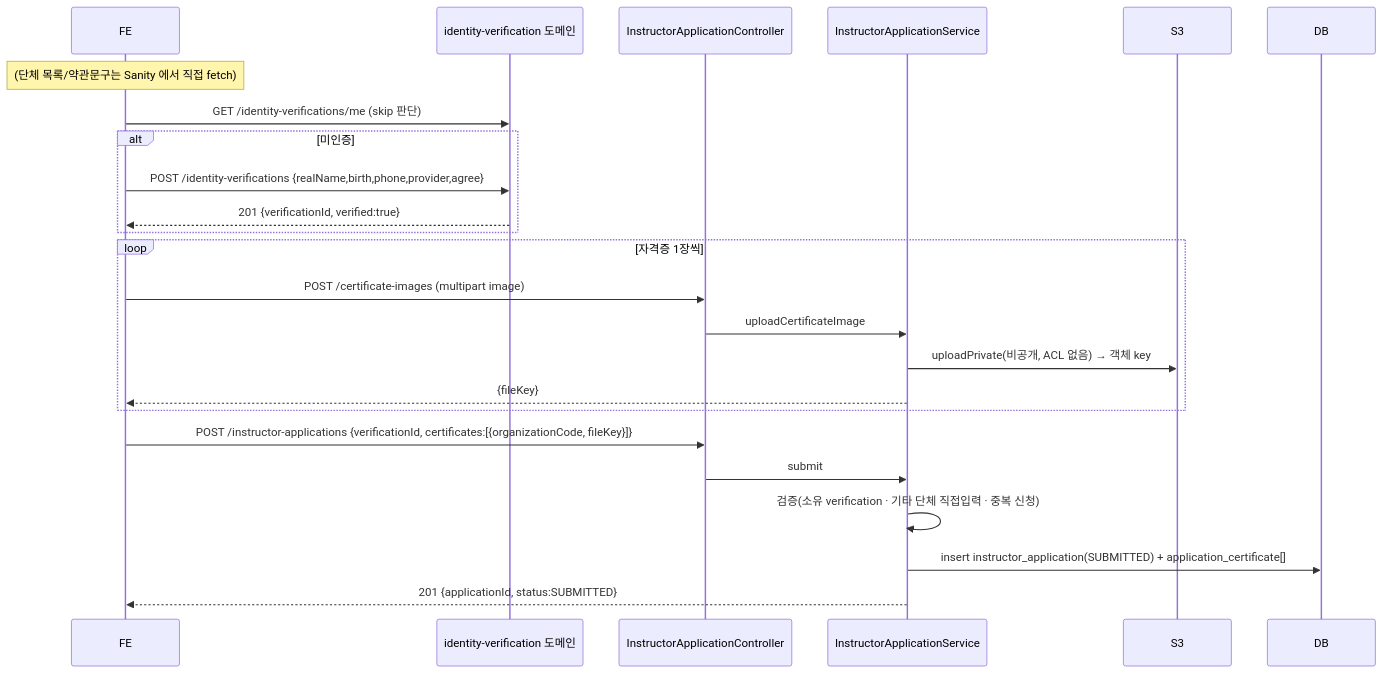
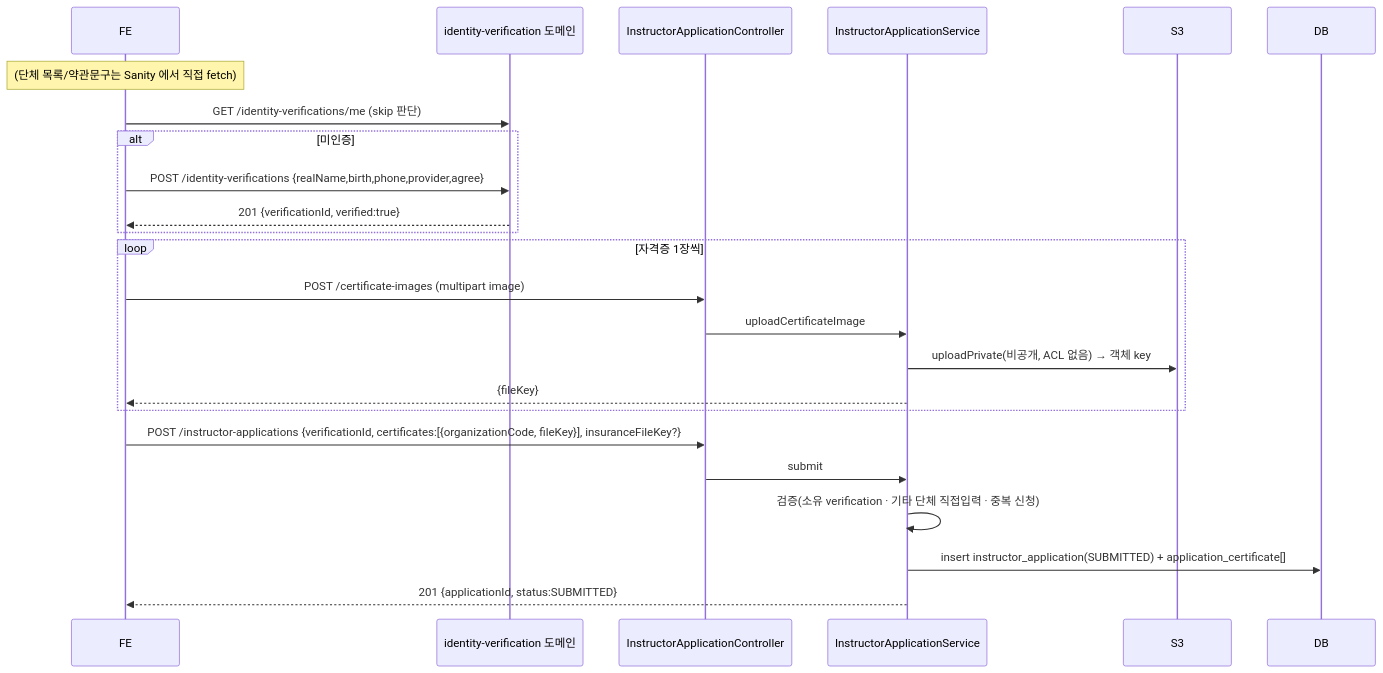
The second of 4 diagrams in docs/architecture/instructor-application.md (pungdong/Pungdong-Backend), drawn with Mermaid before and after one commit. The commit also changed other lines of this file and 10 other files, not shown here.

````diff
--- a/docs/architecture/instructor-application.md
+++ b/docs/architecture/instructor-application.md
@@ -77,29 +77,29 @@
 ```mermaid
 sequenceDiagram
     participant FE
     participant IDV as identity-verification 도메인
     participant UC as InstructorApplicationController
     participant SVC as InstructorApplicationService
     participant S3
     participant DB
 
     Note over FE: (단체 목록/약관문구는 Sanity 에서 직접 fetch)
     FE->>IDV: GET /identity-verifications/me (skip 판단)
     alt 미인증
         FE->>IDV: POST /identity-verifications {realName,birth,phone,provider,agree}
         IDV-->>FE: 201 {verificationId, verified:true}
     end
 
     loop 자격증 1장씩
         FE->>UC: POST /certificate-images (multipart image)
         UC->>SVC: uploadCertificateImage
         SVC->>S3: uploadPrivate(비공개, ACL 없음) → 객체 key
         SVC-->>FE: {fileKey}
     end
 
-    FE->>UC: POST /instructor-applications {verificationId, certificates:[{organizationCode, fileKey}]}
+    FE->>UC: POST /instructor-applications {verificationId, certificates:[{organizationCode, fileKey}], insuranceFileKey?}
     UC->>SVC: submit
     SVC->>SVC: 검증(소유 verification · 기타 단체 직접입력 · 중복 신청)
     SVC->>DB: insert instructor_application(SUBMITTED) + application_certificate[]
     SVC-->>FE: 201 {applicationId, status:SUBMITTED}
 ```
````
